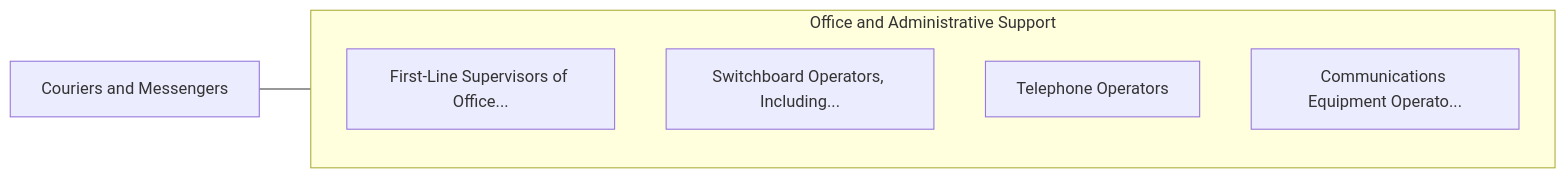
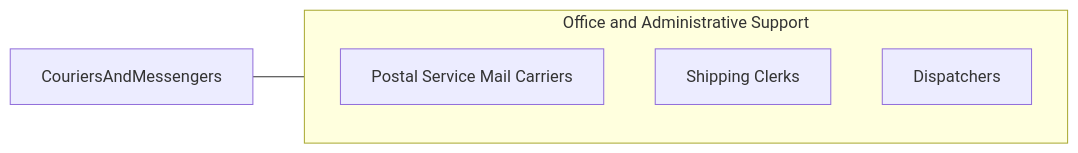
One commit to kziemski/business.org.ai changed the third of 3 diagrams in occupations/Administrative/CouriersAndMessengers.mdx. Above: the diagram before and after it, drawn with Mermaid. The commit also changed other lines of this file and 938 other files, not shown here.

````diff
--- a/occupations/Administrative/CouriersAndMessengers.mdx
+++ b/occupations/Administrative/CouriersAndMessengers.mdx
@@ -115,13 +102,12 @@
 ```mermaid
 graph LR
-    Current["Couriers and Messengers"]
+    Current["CouriersAndMessengers"]
 
     subgraph SameCategory["Office and Administrative Support"]
-        FirstLineSupervisors["First-Line Supervisors of Office..."]
-        SwitchboardOperators["Switchboard Operators, Including..."]
-        TelephoneOperators["Telephone Operators"]
-        CommunicationsEquipm["Communications Equipment Operato..."]
+        PostalCarriers["Postal Service Mail Carriers"]
+        ShippingClerks["Shipping Clerks"]
+        Dispatchers["Dispatchers"]
     end
 
     Current --- SameCategory
 ```
````
